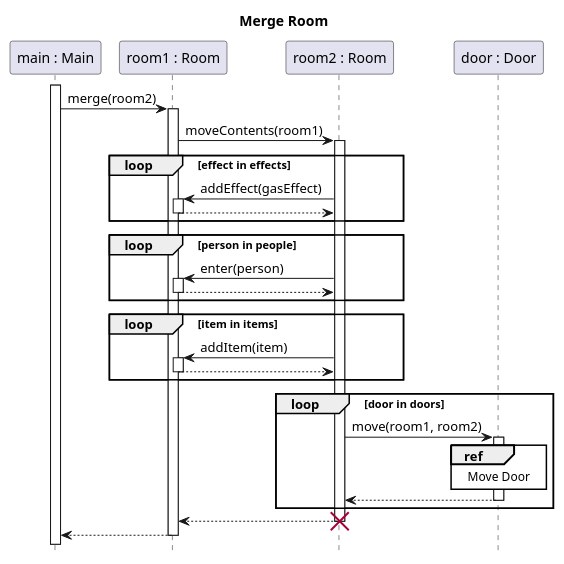
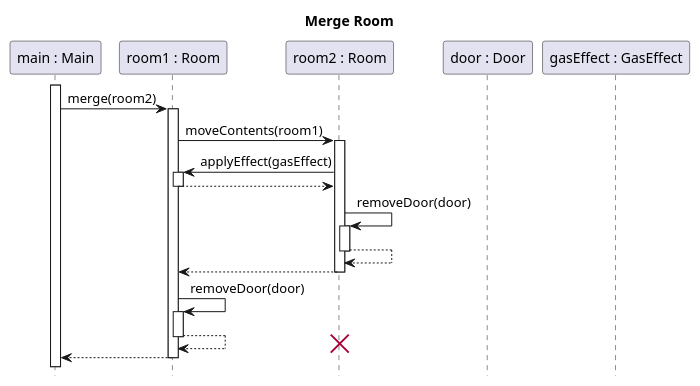
The diagram in docs/diagrams/test-sequence/room_merge_with_effect.puml (sn4k3ch4rm3r/logarlec), drawn with PlantUML before and after one commit. The commit also changed 17 other files, not shown here.

Commit message:
Modified sequence diagrams

```diff
--- a/docs/diagrams/test-sequence/room_merge_with_effect.puml
+++ b/docs/diagrams/test-sequence/room_merge_with_effect.puml
@@ -1,34 +1,25 @@
 @startuml room-merge
 title Merge Room
 hide footbox
 skinparam SequenceReferenceBackgroundColor white
 
 participant "main : Main" as main
 participant "room1 : Room" as r1
 participant "room2 : Room" as r2
 participant "door : Door" as door
+participant "gasEffect : GasEffect" as gasEffect
 
 main++
-main -> r1 ++: merge(room2)
+main-> r1 ++: merge(room2)
     r1 -> r2 ++: moveContents(room1)
-    loop effect in effects
-        r2 -> r1 ++: addEffect(gasEffect)
+        r2 -> r1 ++: applyEffect(gasEffect)
         return
-    end
-    loop person in people
-        r2 -> r1 ++: enter(person)
+        r2 -> r2 ++ : removeDoor(door)
         return
-    end
-    loop item in items
-        r2 -> r1 ++: addItem(item)
-        return
-    end
-    loop door in doors
-        r2 -> door ++: move(room1, room2)
-            ref over door: Move Door
-        return
-    end
+    return
+    r1 -> r1 ++: removeDoor(door)
     return
 destroy r2
 return
+
 @enduml
```
